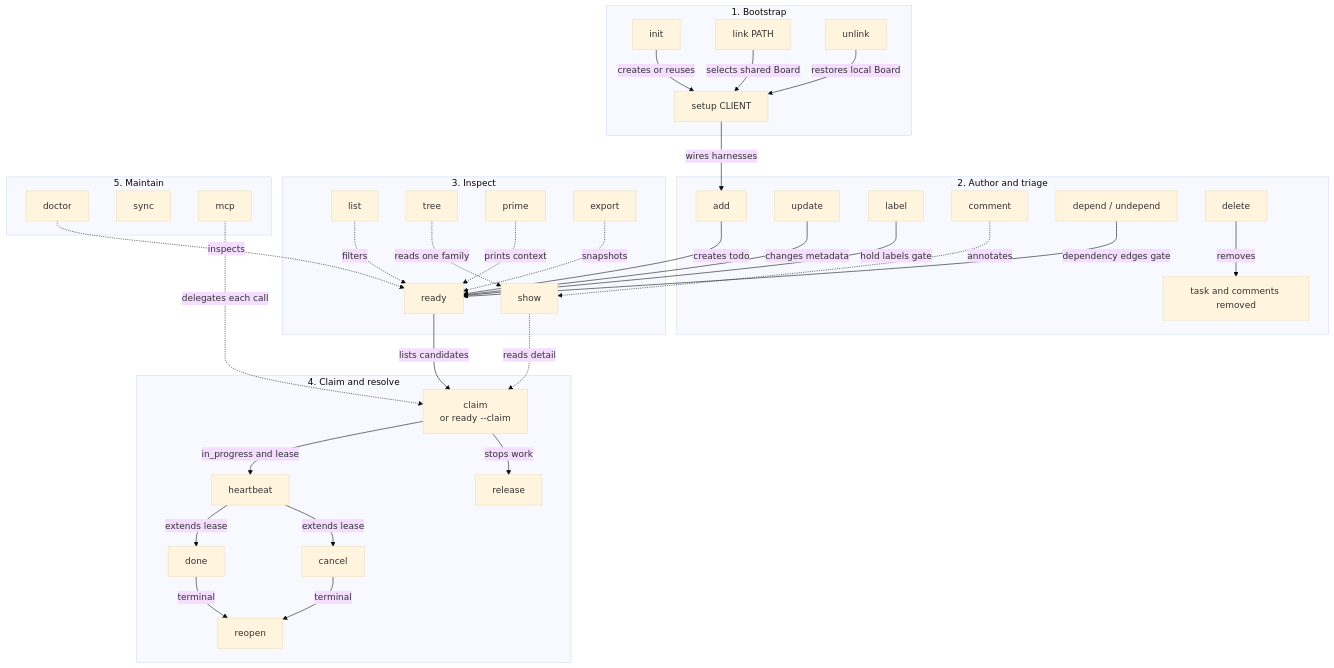
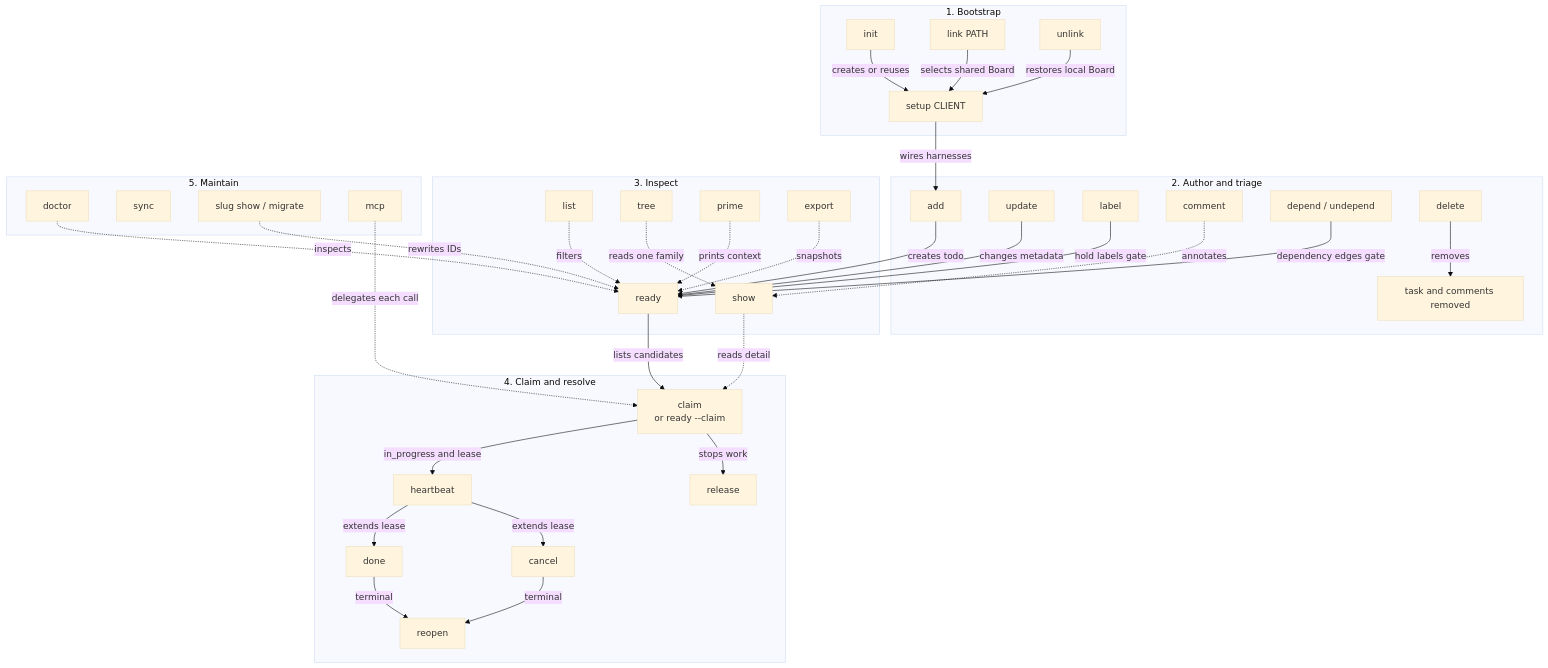
Before and after one commit to rcmendes/orbit: the sixth of 13 diagrams in docs/ARCHITECTURE.md, drawn with Mermaid (base theme). The commit also changed other lines of this file and 17 other files, not shown here.

First line of the commit message:
feat: add orbit slug show and migrate

````diff
--- a/docs/ARCHITECTURE.md
+++ b/docs/ARCHITECTURE.md
@@ -354,68 +359,70 @@
 ```mermaid
 flowchart TB
     subgraph Bootstrap["1. Bootstrap"]
         INIT["init"]
         LINK["link PATH"]
         UNLINK["unlink"]
         SETUP["setup CLIENT"]
     end
 
     subgraph Author["2. Author and triage"]
         ADD["add"]
         UPDATE["update"]
         LABEL["label"]
         COMMENT["comment"]
         DEPEND["depend / undepend"]
         DELETE["delete"]
         DELETED["task and comments removed"]
     end
 
     subgraph Inspect["3. Inspect"]
         LIST["list"]
         SHOW["show"]
         TREE["tree"]
         READY["ready"]
         PRIME["prime"]
         EXPORT["export"]
     end
 
     subgraph Execute["4. Claim and resolve"]
         CLAIM["claim<br/>or ready --claim"]
         HEART["heartbeat"]
         RELEASE["release"]
         DONE["done"]
         CANCEL["cancel"]
         REOPEN["reopen"]
     end
 
     subgraph Maintain["5. Maintain"]
         DOCTOR["doctor"]
         SYNC["sync"]
+        SLUG["slug show / migrate"]
         MCP["mcp"]
     end
 
     INIT -->|creates or reuses| SETUP
     LINK -->|selects shared Board| SETUP
     UNLINK -->|restores local Board| SETUP
     SETUP -->|wires harnesses| ADD
     ADD -->|creates todo| READY
     UPDATE -->|changes metadata| READY
     LABEL -->|hold labels gate| READY
     DEPEND -->|dependency edges gate| READY
     DELETE -->|removes| DELETED
     LIST -.->|filters| READY
     SHOW -.->|reads detail| CLAIM
     TREE -.->|reads one family| SHOW
     COMMENT -.->|annotates| SHOW
     PRIME -.->|prints context| READY
     EXPORT -.->|snapshots| READY
     READY -->|lists candidates| CLAIM
     CLAIM -->|in_progress and lease| HEART
     HEART -->|extends lease| DONE
     HEART -->|extends lease| CANCEL
     CLAIM -->|stops work| RELEASE
     DONE -->|terminal| REOPEN
     CANCEL -->|terminal| REOPEN
     DOCTOR -.->|inspects| READY
+    SLUG -.->|rewrites IDs| READY
     MCP -.->|delegates each call| CLAIM
 ```
````
